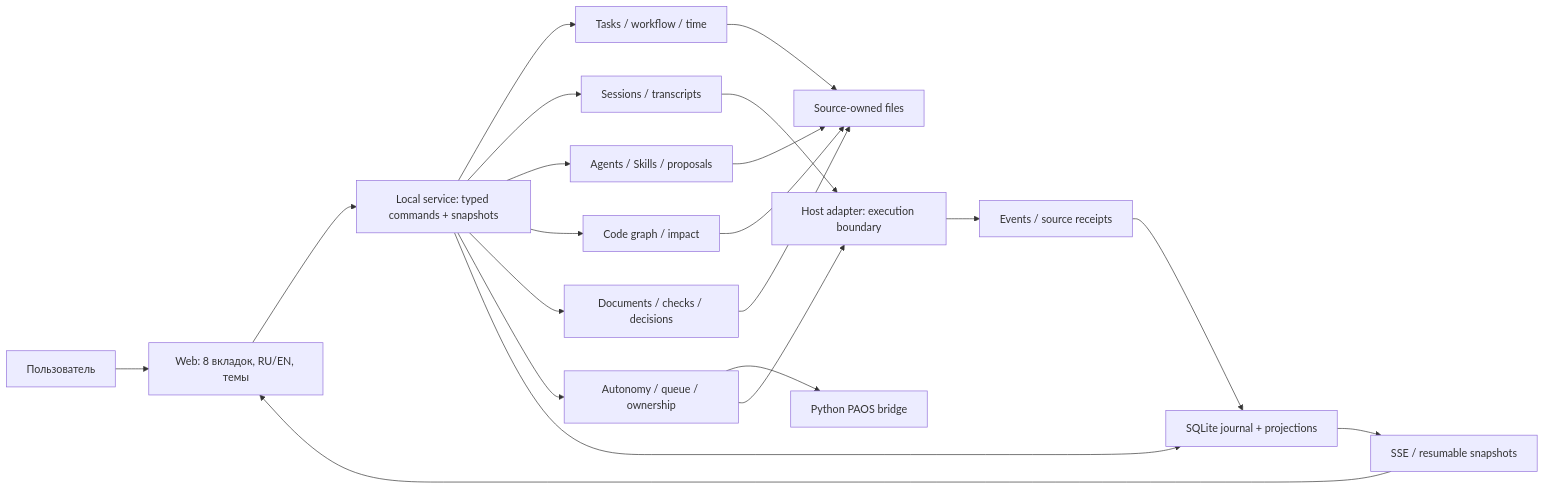
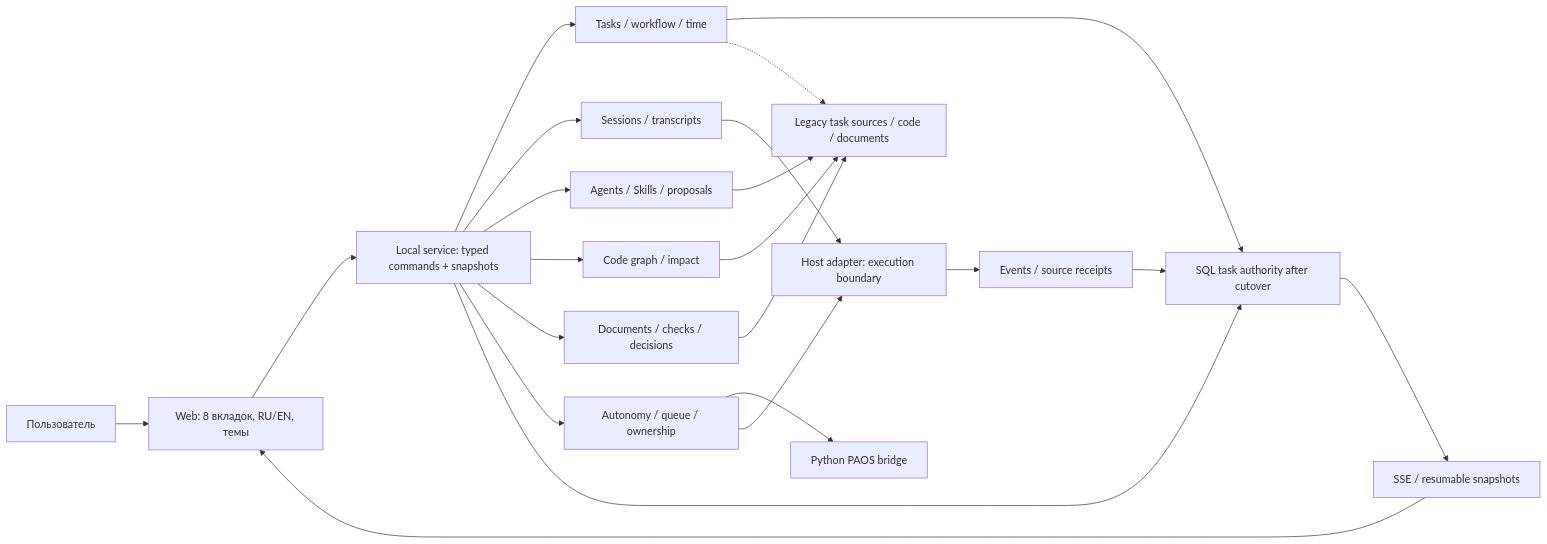
The fifth of 11 diagrams in research/product-agent-os-web-architecture-2026-11-05.md (alexroadcaster/product-agent-os), drawn with Mermaid before and after one commit. The commit also changed other lines of this file and 25 other files, not shown here.

````diff
--- a/research/product-agent-os-web-architecture-2026-11-05.md
+++ b/research/product-agent-os-web-architecture-2026-11-05.md
@@ -401,23 +401,24 @@
 ```mermaid
 flowchart LR
   U["Пользователь"] --> W["Web: 8 вкладок, RU/EN, темы"]
   W --> API["Local service: typed commands + snapshots"]
   API --> T["Tasks / workflow / time"]
   API --> S["Sessions / transcripts"]
   API --> A["Agents / Skills / proposals"]
   API --> G["Code graph / impact"]
   API --> D["Documents / checks / decisions"]
   API --> O["Autonomy / queue / ownership"]
   O --> B["Python PAOS bridge"]
   O --> H["Host adapter: execution boundary"]
   S --> H
-  T --> F["Source-owned files"]
+  T --> J["SQL task authority after cutover"]
+  T -.-> F["Legacy task sources / code / documents"]
   A --> F
   G --> F
   D --> F
-  API --> J["SQLite journal + projections"]
+  API --> J
   H --> E["Events / source receipts"]
   E --> J
   J --> SSE["SSE / resumable snapshots"]
   SSE --> W
 ```
````
